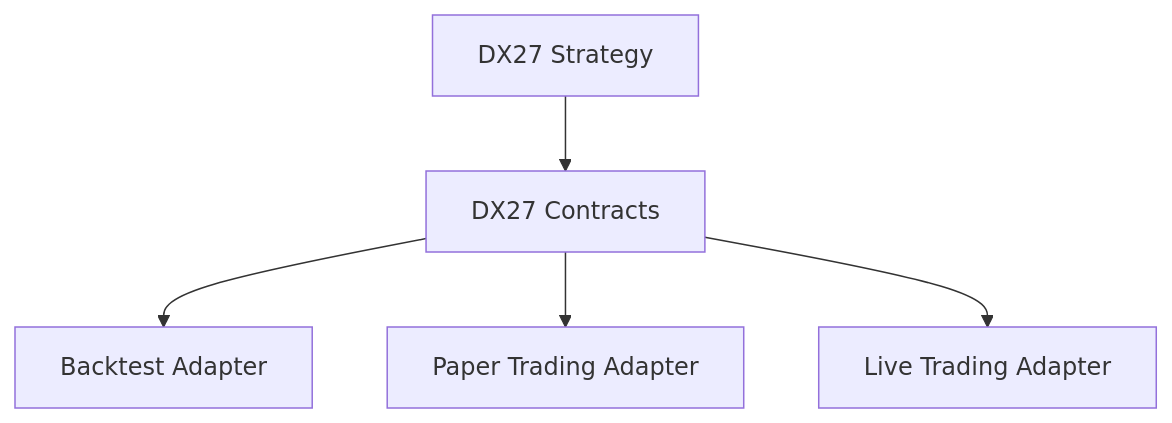
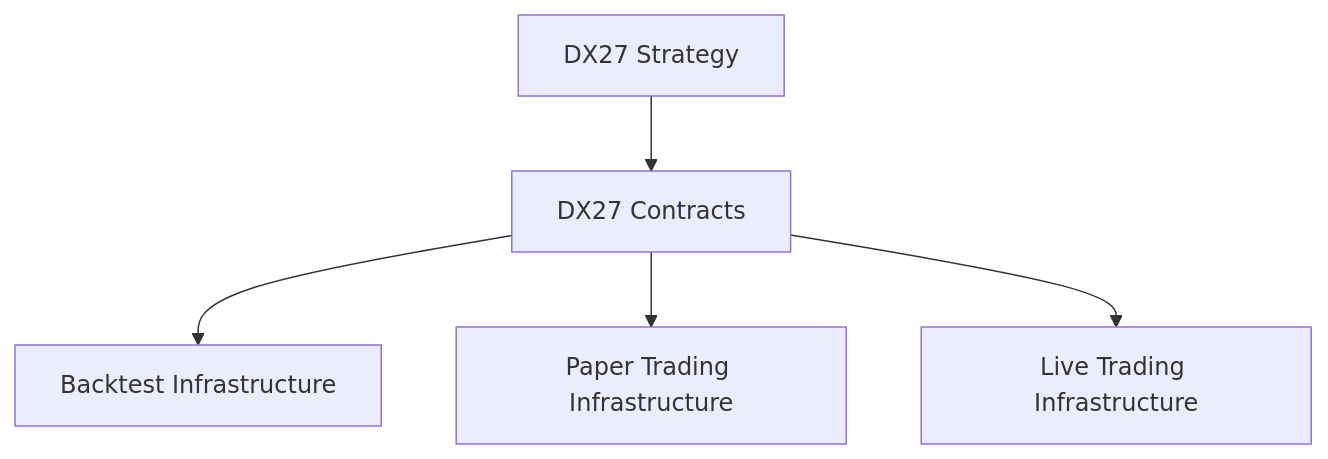
Before and after one commit to Daxoniel/DX27-Trading-Engine: diagram 12 of 12 in docs/architecture/system-overview.md, drawn with Mermaid. The commit also changed other lines of this file and 7 other files, not shown here.

````diff
--- a/docs/architecture/system-overview.md
+++ b/docs/architecture/system-overview.md
@@ -1009,13 +1227,19 @@
 ```mermaid
 flowchart TB
 
     Strategy["DX27 Strategy"]
 
     Contracts["DX27 Contracts"]
 
-    Contracts --> Backtest["Backtest Adapter"]
-    Contracts --> Paper["Paper Trading Adapter"]
-    Contracts --> Live["Live Trading Adapter"]
+    Backtest["Backtest Infrastructure"]
+
+    Paper["Paper Trading Infrastructure"]
+
+    Live["Live Trading Infrastructure"]
 
     Strategy --> Contracts
+
+    Contracts --> Backtest
+    Contracts --> Paper
+    Contracts --> Live
 ```
````
